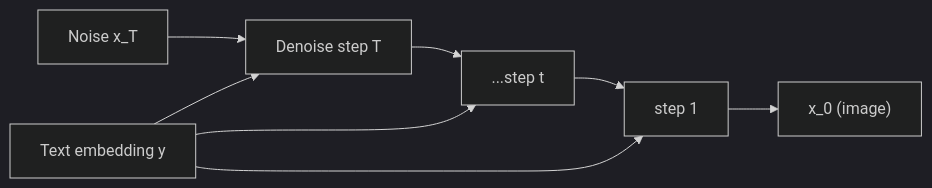
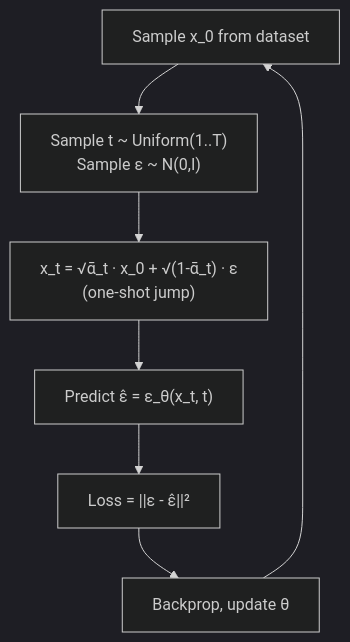
Before and after one commit to ABHIRAM3007/itp: the second of 4 diagrams in roadmap/phase-4-cv/04-diffusion-models.md, drawn with Mermaid (dark theme). The commit also changed other lines of this file and 16 other files, not shown here.

````diff
--- a/roadmap/phase-4-cv/04-diffusion-models.md
+++ b/roadmap/phase-4-cv/04-diffusion-models.md
@@ -69,7 +224,8 @@
 ```mermaid
-flowchart LR
-    N["Noise x_T"] --> D1["Denoise step T"] --> D2["...step t"] --> D3["step 1"] --> X0["x_0 (image)"]
-    C["Text embedding y"] --> D1
-    C --> D2
-    C --> D3
+flowchart TD
+    A["Sample x_0 from dataset"] --> B["Sample t ~ Uniform(1..T)<br/>Sample ε ~ N(0,I)"]
+    B --> C["x_t = √ᾱ_t · x_0 + √(1-ᾱ_t) · ε<br/>(one-shot jump)"]
+    C --> D["Predict ε̂ = ε_θ(x_t, t)"]
+    D --> E["Loss = ||ε - ε̂||²"]
+    E --> F["Backprop, update θ"] --> A
 ```
````
